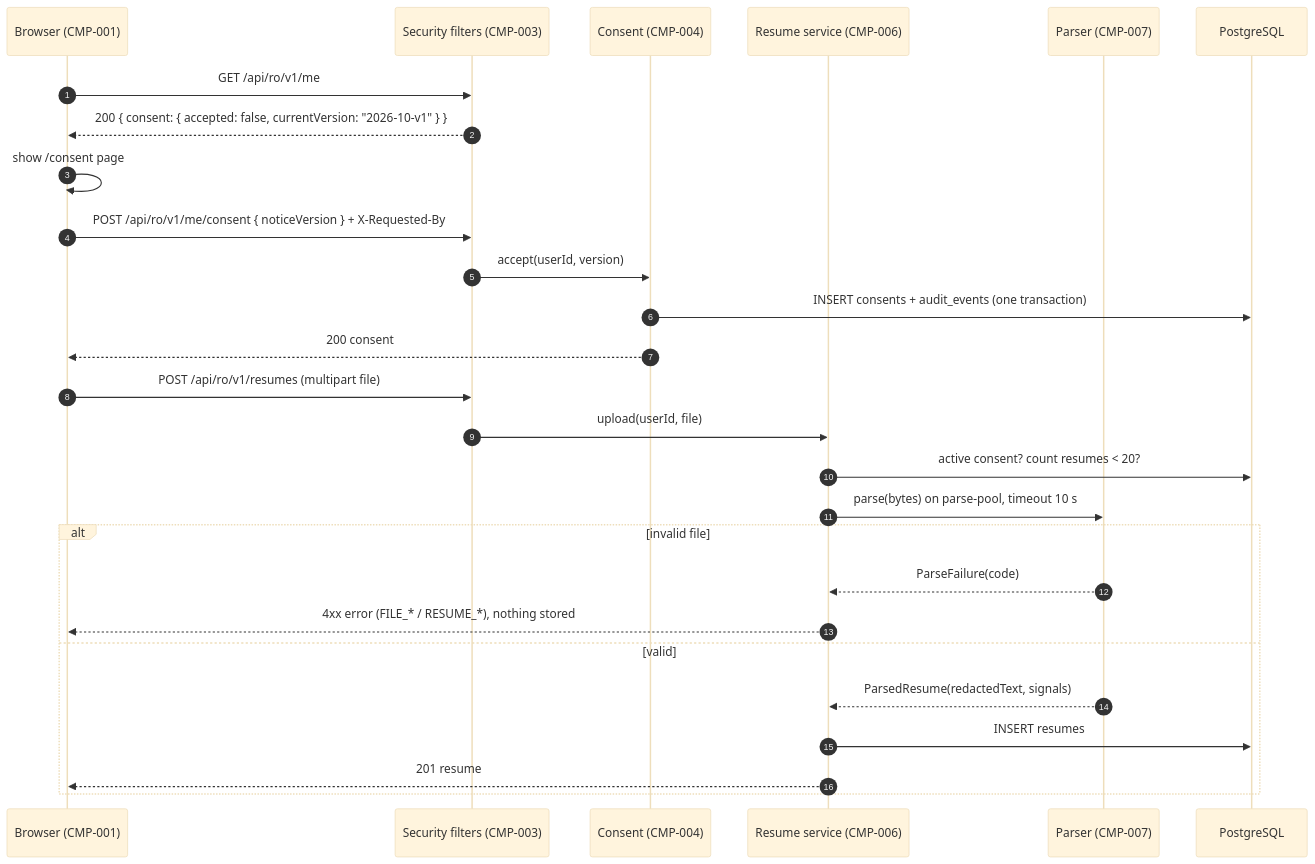
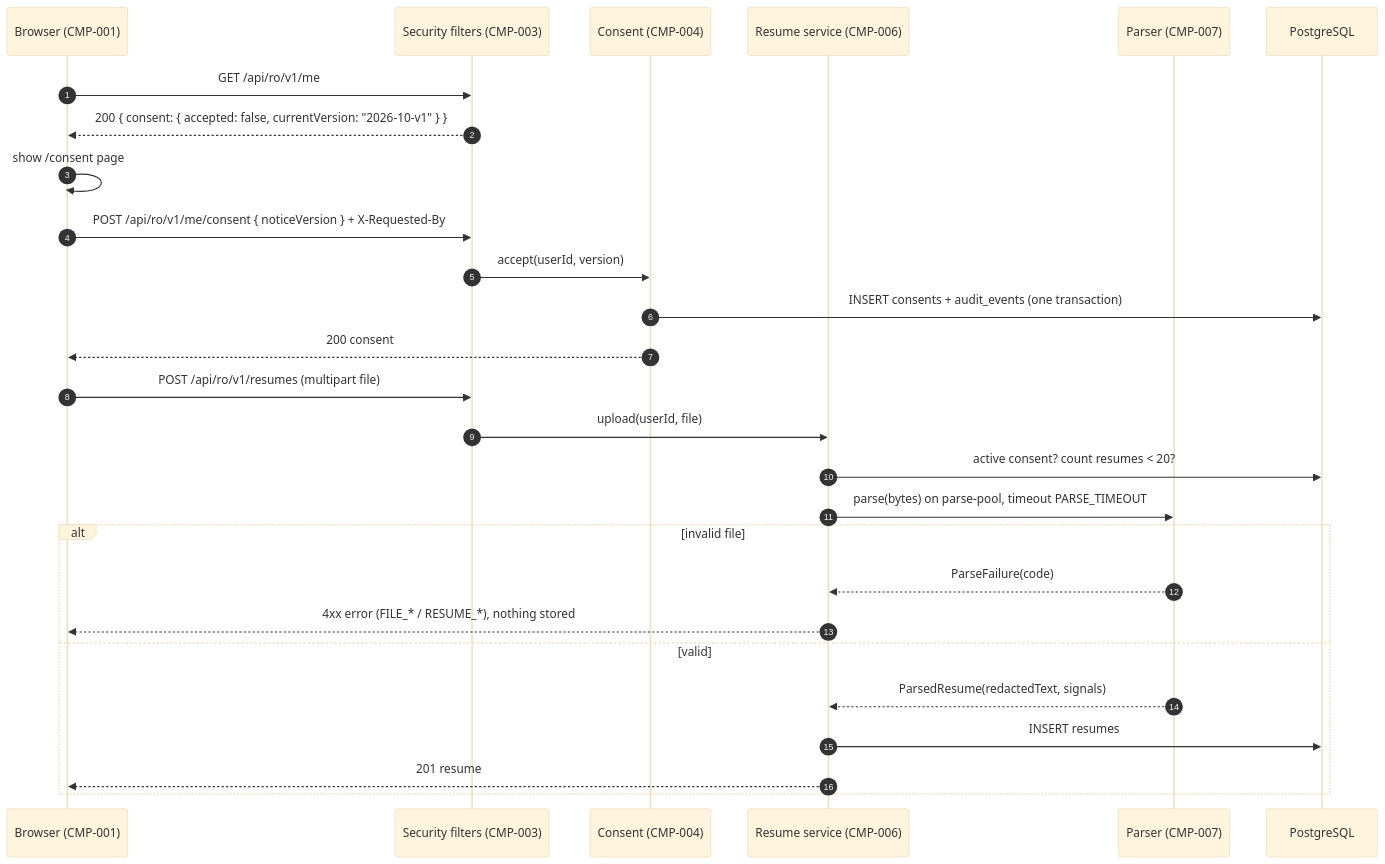
The second of 14 diagrams in pranesh/spec.md (divii-school/spec-homework), drawn with Mermaid (base theme) before and after one commit. The commit also changed other lines of this file, not shown here.

Commit message:
improvement: error messages take limits from details placeholders; price copy built from PRO_PRICE_PAISE; parse-pool size and Retry-After named (build test B12, consistency §4)

````diff
--- a/pranesh/spec.md
+++ b/pranesh/spec.md
@@ -724,29 +726,29 @@
 ```mermaid
 sequenceDiagram
   autonumber
   participant U as Browser (CMP-001)
   participant S as Security filters (CMP-003)
   participant C as Consent (CMP-004)
   participant R as Resume service (CMP-006)
   participant P as Parser (CMP-007)
   participant DB as PostgreSQL
   U->>S: GET /api/ro/v1/me
   S-->>U: 200 { consent: { accepted: false, currentVersion: "2026-10-v1" } }
   U->>U: show /consent page
   U->>S: POST /api/ro/v1/me/consent { noticeVersion } + X-Requested-By
   S->>C: accept(userId, version)
   C->>DB: INSERT consents + audit_events (one transaction)
   C-->>U: 200 consent
   U->>S: POST /api/ro/v1/resumes (multipart file)
   S->>R: upload(userId, file)
   R->>DB: active consent? count resumes < 20?
-  R->>P: parse(bytes) on parse-pool, timeout 10 s
+  R->>P: parse(bytes) on parse-pool, timeout PARSE_TIMEOUT
   alt invalid file
     P-->>R: ParseFailure(code)
     R-->>U: 4xx error (FILE_* / RESUME_*), nothing stored
   else valid
     P-->>R: ParsedResume(redactedText, signals)
     R->>DB: INSERT resumes
     R-->>U: 201 resume
   end
 ```
````
